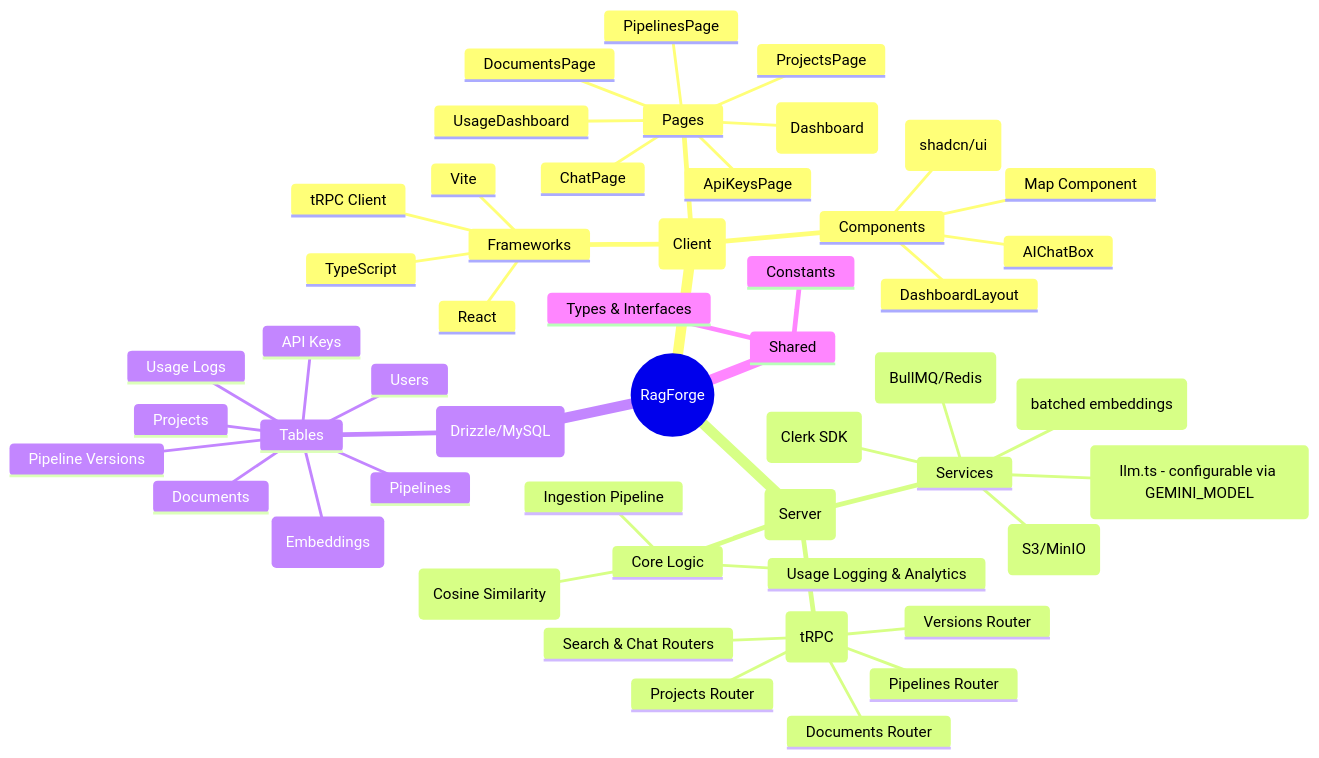
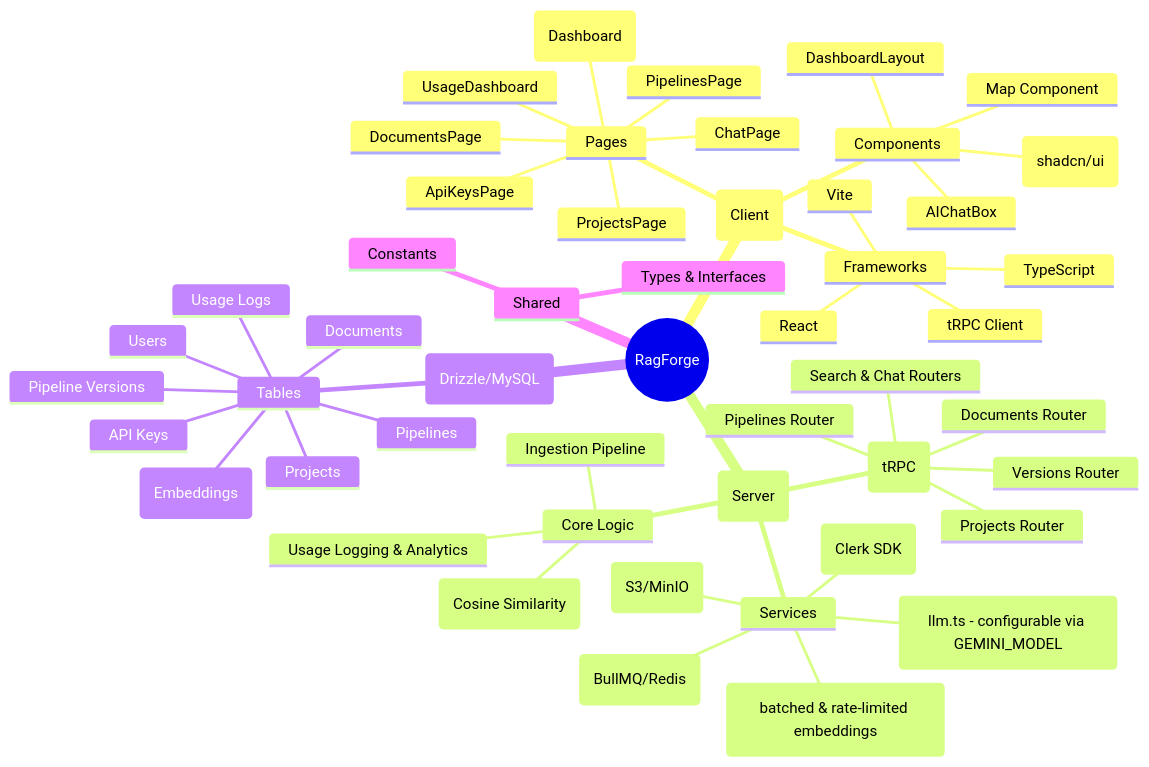
Before and after one commit to devshayan101/RAGForge: the diagram in mindmap.md, drawn with Mermaid. The commit also changed other lines of this file and 20 other files, not shown here.

Commit message:
feat/document processing state

````diff
--- a/mindmap.md
+++ b/mindmap.md
@@ -3,53 +3,53 @@
 ```mermaid
 mindmap
   root((RagForge))
     Frontend (Client)
       Frameworks
         Vite
         React
         TypeScript
         tRPC Client
       Pages
         Home (Dashboard)
         ProjectsPage
         PipelinesPage
         DocumentsPage
         ChatPage
         ApiKeysPage
         UsageDashboard
       Components
         AIChatBox
         DashboardLayout
         Map Component
         UI Components (shadcn/ui)
     Backend (Server)
       API (tRPC)
         Projects Router
         Pipelines Router
         Versions Router
         Documents Router
         Search & Chat Routers
       Services
         LLM Integration (llm.ts - configurable via GEMINI_MODEL)
-        Document Processing (batched embeddings)
+        Document Processing (batched & rate-limited embeddings)
         Queue Management (BullMQ/Redis)
         Storage Service (S3/MinIO)
         Authentication (Clerk SDK)
       Core Logic
         Vector Search (Cosine Similarity)
         Ingestion Pipeline
         Usage Logging & Analytics
     Database (Drizzle/MySQL)
       Tables
         Users
         Projects
         Pipelines
         Pipeline Versions
         Documents
         Chunks (Embeddings)
         API Keys
         Usage Logs
     Shared
       Types & Interfaces
       Constants
 ```
````
